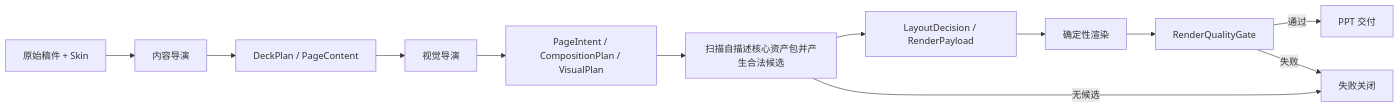
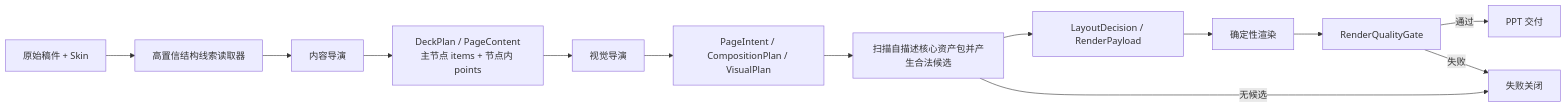
Before and after one commit to NEUwpy/PPagenT: the first of 2 diagrams in docs/工作流/正式生成/工作流.md, drawn with Mermaid. The commit also changed other lines of this file and 1314 other files, not shown here.

````diff
--- a/docs/工作流/正式生成/工作流.md
+++ b/docs/工作流/正式生成/工作流.md
@@ -7,14 +7,15 @@
 ```mermaid
 flowchart LR
-    A["原始稿件 + Skin"] --> B["内容导演"]
-    B --> C["DeckPlan / PageContent"]
+    A["原始稿件 + Skin"] --> S["高置信结构线索读取器"]
+    S --> B["内容导演"]
+    B --> C["DeckPlan / PageContent\n主节点 items + 节点内 points"]
     C --> D["视觉导演"]
     D --> E["PageIntent / CompositionPlan / VisualPlan"]
     E --> F["扫描自描述核心资产包并产生合法候选"]
     F --> G["LayoutDecision / RenderPayload"]
     G --> H["确定性渲染"]
     H --> I["RenderQualityGate"]
     I -->|通过| J["PPT 交付"]
     I -->|失败| K["失败关闭"]
     F -->|无候选| K
 ```
````
